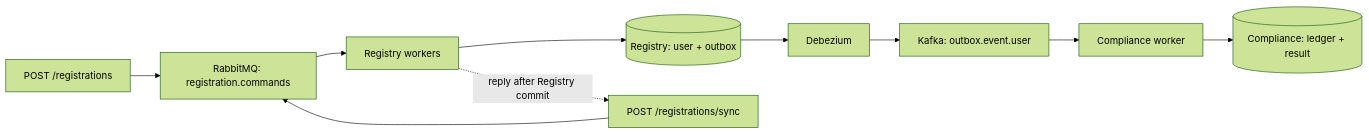
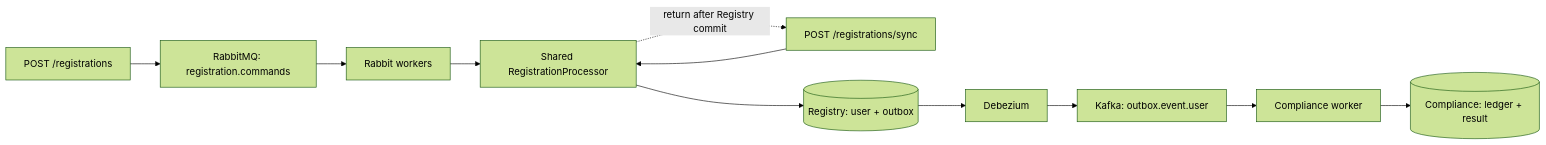
One commit to egebhaskaya/ing-registry-case changed the diagram in docs/architecture.md. Above: the diagram before and after it, drawn with Mermaid (forest theme). The commit also changed other lines of this file and 30 other files, not shown here.

````diff
--- a/docs/architecture.md
+++ b/docs/architecture.md
@@ -5,12 +5,13 @@
 ```mermaid
 flowchart LR
     A[POST /registrations] --> Q[RabbitMQ: registration.commands]
-    S[POST /registrations/sync] --> Q
-    Q --> W[Registry workers]
-    W --> D[(Registry: user + outbox)]
+    Q --> W[Rabbit workers]
+    W --> P[Shared RegistrationProcessor]
+    S[POST /registrations/sync] --> P
+    P --> D[(Registry: user + outbox)]
     D --> CDC[Debezium]
     CDC --> K[Kafka: outbox.event.user]
     K --> C[Compliance worker]
     C --> R[(Compliance: ledger + result)]
-    W -. reply after Registry commit .-> S
+    P -. return after Registry commit .-> S
 ```
````
